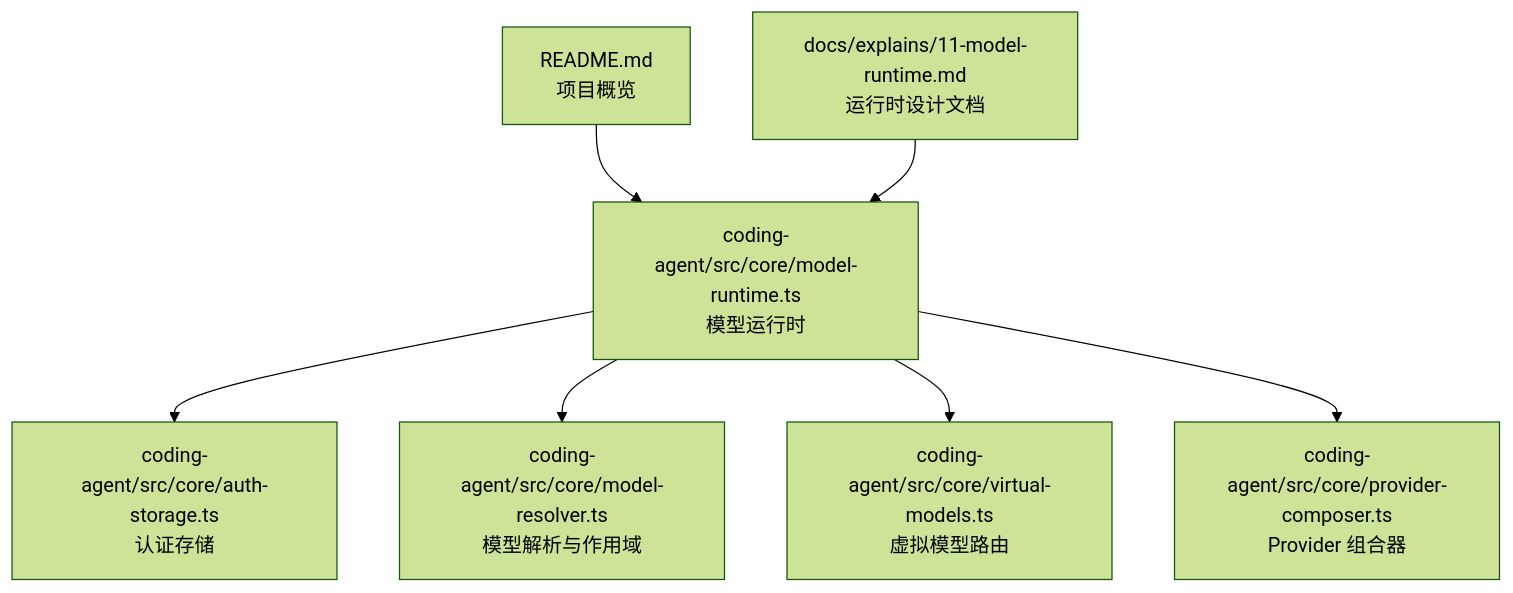
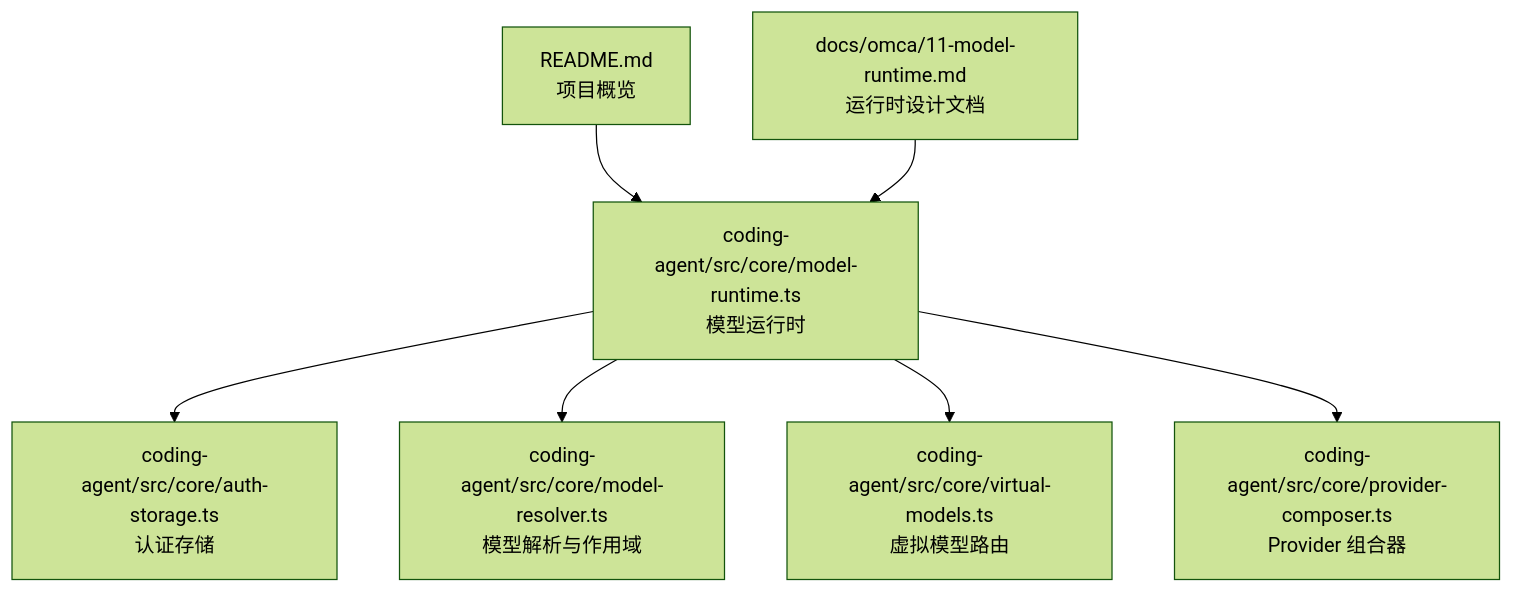
Before and after one commit to FDE-GROUP/oh-my-coding-agent: the first of 8 diagrams in .qoder/repowiki/zh/content/LLM提供商集成/模型运行时与认证系统.md, drawn with Mermaid (forest theme). The commit also changed other lines of this file and 359 other files, not shown here.

````diff
--- a/.qoder/repowiki/zh/content/LLM提供商集成/模型运行时与认证系统.md
+++ b/.qoder/repowiki/zh/content/LLM提供商集成/模型运行时与认证系统.md
@@ -40,9 +40,9 @@
 ```mermaid
 graph TB
 A["README.md<br/>项目概览"] --> B["coding-agent/src/core/model-runtime.ts<br/>模型运行时"]
 B --> C["coding-agent/src/core/auth-storage.ts<br/>认证存储"]
 B --> D["coding-agent/src/core/model-resolver.ts<br/>模型解析与作用域"]
 B --> E["coding-agent/src/core/virtual-models.ts<br/>虚拟模型路由"]
 B --> F["coding-agent/src/core/provider-composer.ts<br/>Provider 组合器"]
-G["docs/explains/11-model-runtime.md<br/>运行时设计文档"] --> B
+G["docs/omca/11-model-runtime.md<br/>运行时设计文档"] --> B
 ```
````
